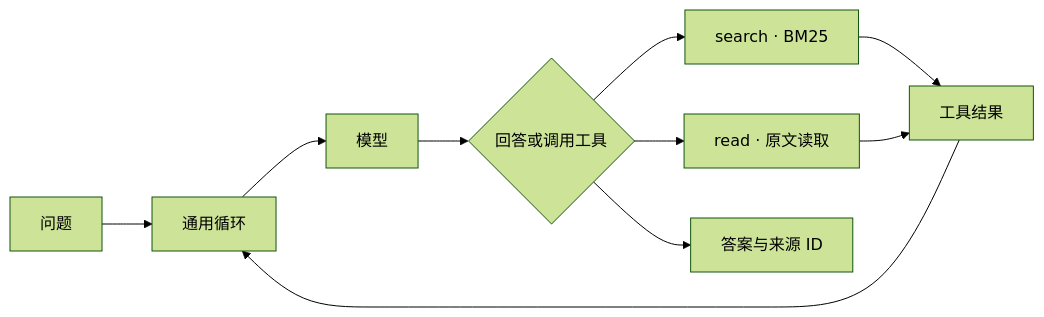
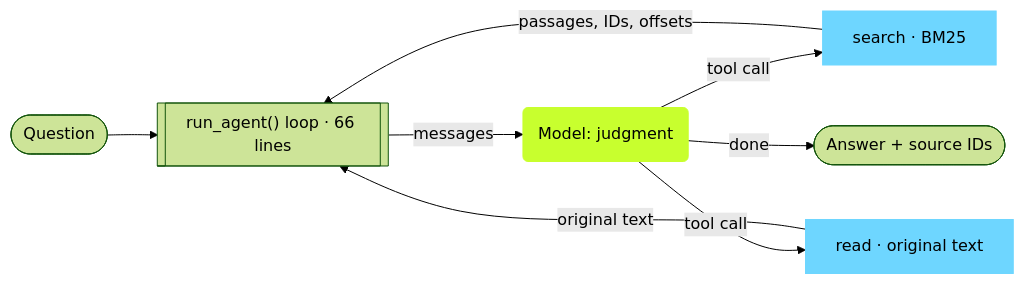
The diagram in README.md (hxli2005/minimal-rag), drawn with Mermaid (forest theme) before and after one commit. The commit also changed other lines of this file and 3 other files, not shown here.

Commit message:
Redesign showcase around model judgment and tools

````diff
--- a/README.md
+++ b/README.md
@@ -39,12 +66,14 @@
 ```mermaid
 flowchart LR
-    Q[问题] --> L[通用循环]
-    L --> M[模型]
-    M --> D{回答或调用工具}
-    D --> S[search · BM25]
-    D --> R[read · 原文读取]
-    S --> O[工具结果]
-    R --> O
-    O --> L
-    D --> A[答案与来源 ID]
+    Q([Question]) --> L[["run_agent() loop · 66 lines"]]
+    L -- messages --> M(Model: judgment)
+    M -- tool call --> S[search · BM25]
+    M -- tool call --> R[read · original text]
+    S -- passages, IDs, offsets --> L
+    R -- original text --> L
+    M -- done --> A([Answer + source IDs])
+    classDef model fill:#c8ff2e,stroke:#c8ff2e,color:#000
+    classDef tool fill:#6ed6ff,stroke:#6ed6ff,color:#000
+    class M model
+    class S,R tool
 ```
````
